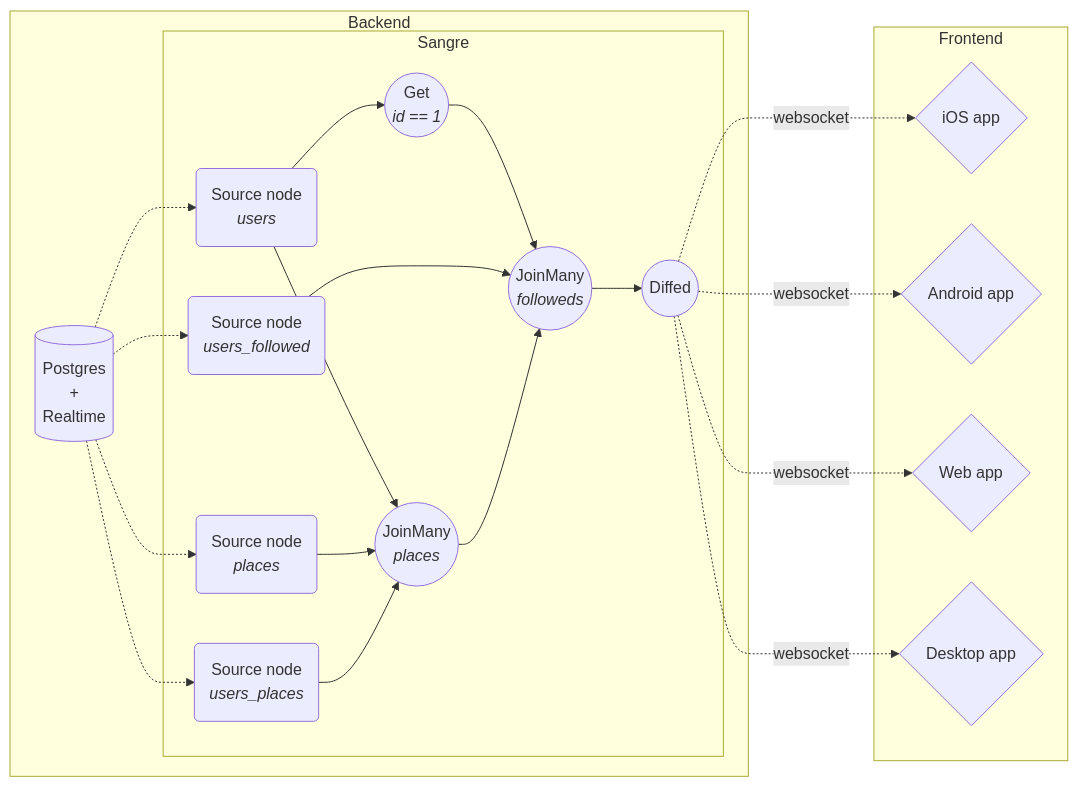
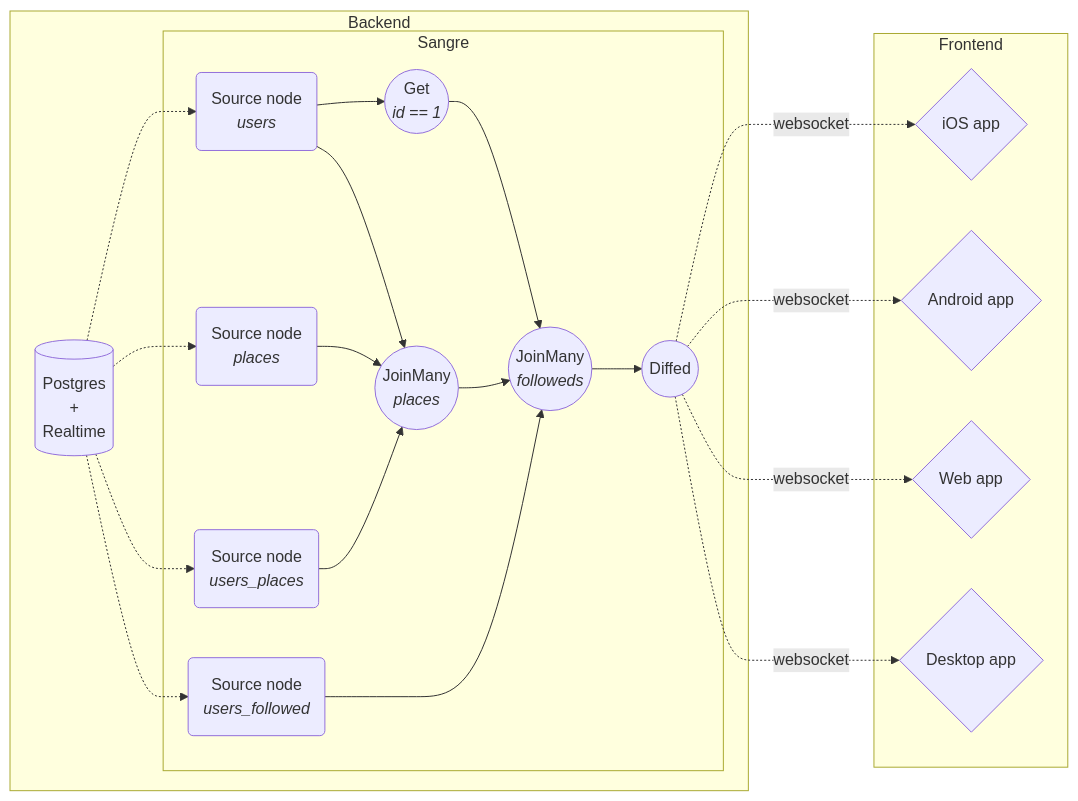
The diagram in doc/charts/topology.mmd (pomarec/sangre), drawn with Mermaid before and after one commit. The commit also changed 3 other files, not shown here.

```diff
--- a/doc/charts/topology.mmd
+++ b/doc/charts/topology.mmd
@@ -1,36 +1,37 @@
 graph LR
     subgraph Backend
         DB[(Postgres<br>+<br>Realtime)]
 
         DB -.-> DBNodeUsers
         DB -.-> DBNodePlaces
         DB -.-> DBNodeUsersFollowed
         DB -.-> DBNodeUsersPlaces
 
         subgraph Sangre
         DBNodeUsers(Source node<br><i>users</u>)
         DBNodeUsersFollowed(Source node<br><i>users_followed</u>)
         DBNodePlaces(Source node<br><i>places</u>)
         DBNodeUsersPlaces(Source node<br><i>users_places</u>)
         
         NodeJoinFollowed((JoinMany<br><i>followeds</i>))
         NodeJoinPlaces((JoinMany<br><i>places</i>))
         NodeGet((Get<br><i>id == 1</i>))
+
         
         DBNodeUsers-->NodeGet-->NodeJoinFollowed
-        DBNodeUsersFollowed--->NodeJoinFollowed
         
         DBNodeUsers-->NodeJoinPlaces
         DBNodePlaces-->NodeJoinPlaces
         DBNodeUsersPlaces-->NodeJoinPlaces
         NodeJoinPlaces-->NodeJoinFollowed
+        DBNodeUsersFollowed--->NodeJoinFollowed
 
         NodeJoinFollowed-->NodeDiff((Diffed))
         end
     end
     subgraph Frontend
         NodeDiff-.websocket.->ClientIOS{iOS app}
         NodeDiff-.websocket.->ClientAndroid{Android app}
         NodeDiff-.websocket.->ClientWeb{Web app}
         NodeDiff-.websocket.->ClientDesktop{Desktop app}
     end
```
